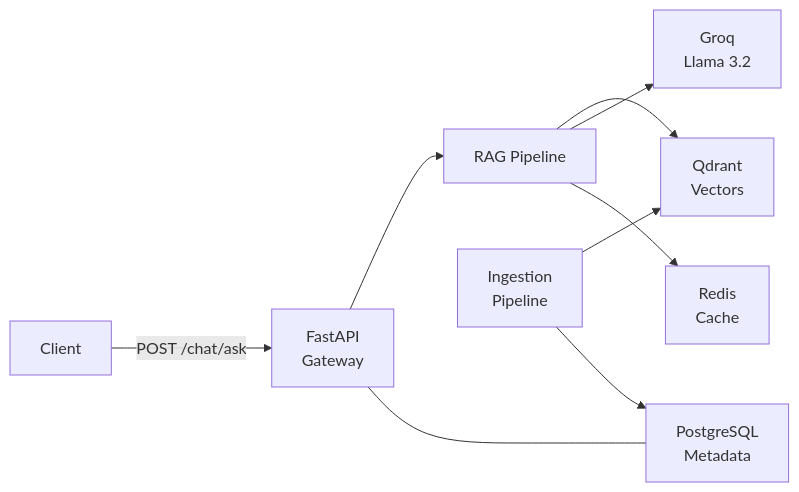
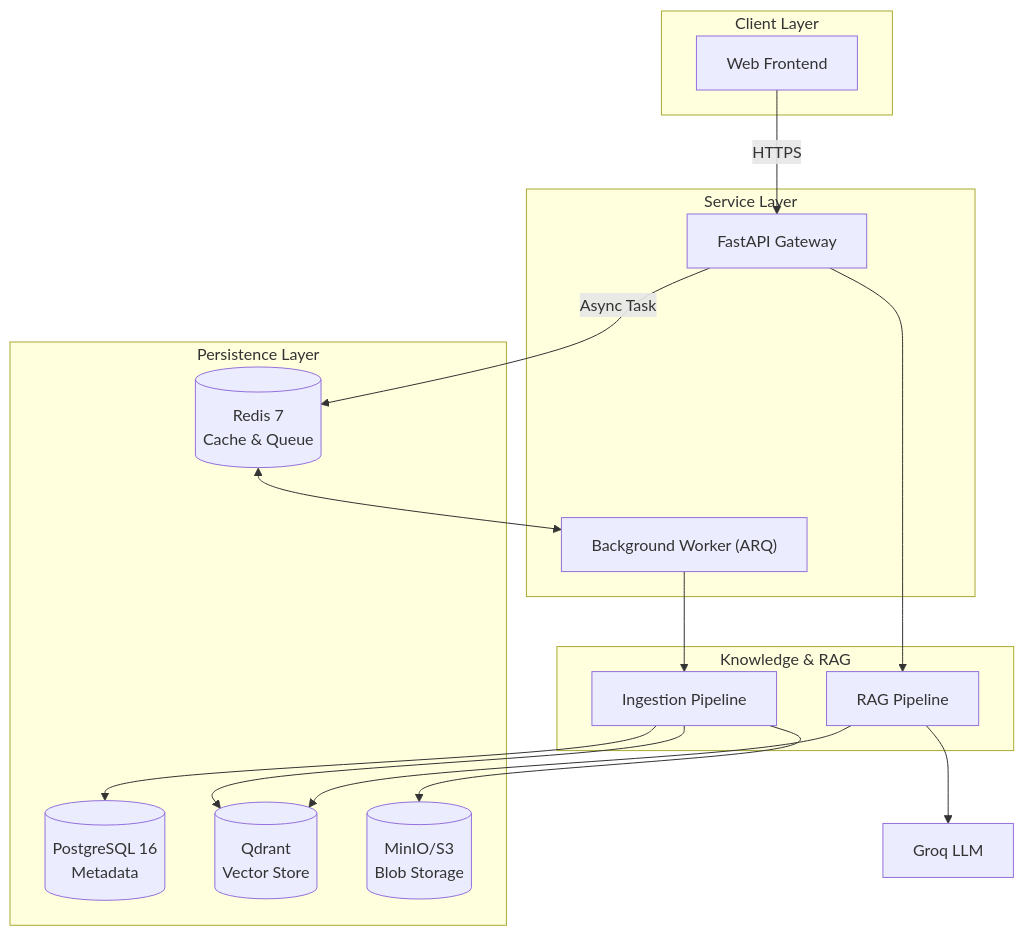
One commit to Rwanda-AI-Network/SomaAI changed the diagram in README.md. Above: the diagram before and after it, drawn with Mermaid. The commit also changed other lines of this file and 102 other files, not shown here.

````diff
--- a/README.md
+++ b/README.md
@@ -11,11 +11,34 @@
 ```mermaid
-graph LR
-    Client["Client"] -->|POST /chat/ask| API["FastAPI<br/>Gateway"]
-    API --> RAG["RAG Pipeline"]
-    RAG --> Q["Qdrant<br/>Vectors"]
-    RAG --> LLM["Groq<br/>Llama 3.2"]
-    RAG --> Cache["Redis<br/>Cache"]
-    API --- PG["PostgreSQL<br/>Metadata"]
-    Ingest["Ingestion<br/>Pipeline"] --> Q
-    Ingest --> PG
+graph TD
+    subgraph Client Layer
+        Web["Web Frontend"]
+    end
+
+    subgraph Service Layer
+        API["FastAPI Gateway"]
+        Worker["Background Worker (ARQ)"]
+    end
+
+    subgraph Knowledge & RAG
+        RP["RAG Pipeline"]
+        IP["Ingestion Pipeline"]
+    end
+
+    subgraph Persistence Layer
+        PG[("PostgreSQL 16 <br/> Metadata")]
+        QD[("Qdrant <br/> Vector Store")]
+        RD[("Redis 7 <br/> Cache & Queue")]
+        S3[("MinIO/S3 <br/> Blob Storage")]
+    end
+
+    Web -->|HTTPS| API
+    API -->|Async Task| RD
+    RD <--> Worker
+    API --> RP
+    RP --> QD
+    RP --> LLM["Groq LLM"]
+    Worker --> IP
+    IP --> QD
+    IP --> PG
+    IP --> S3
 ```
````
